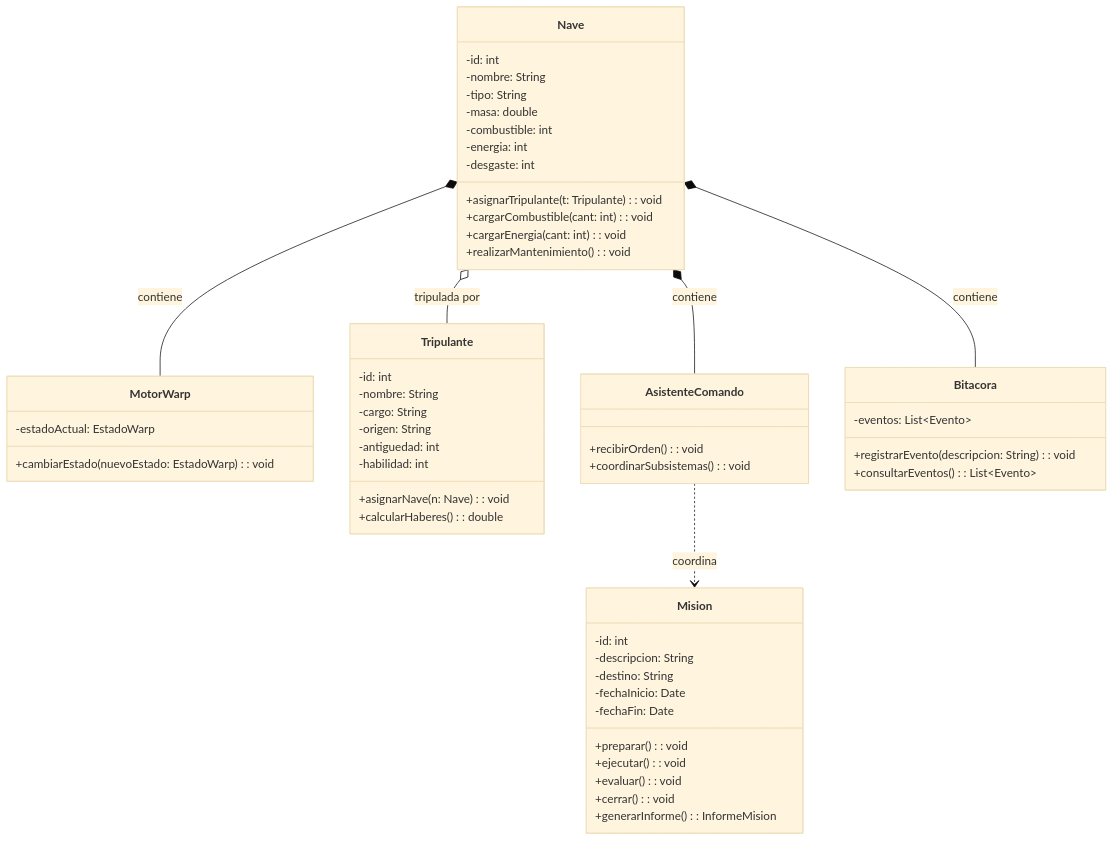
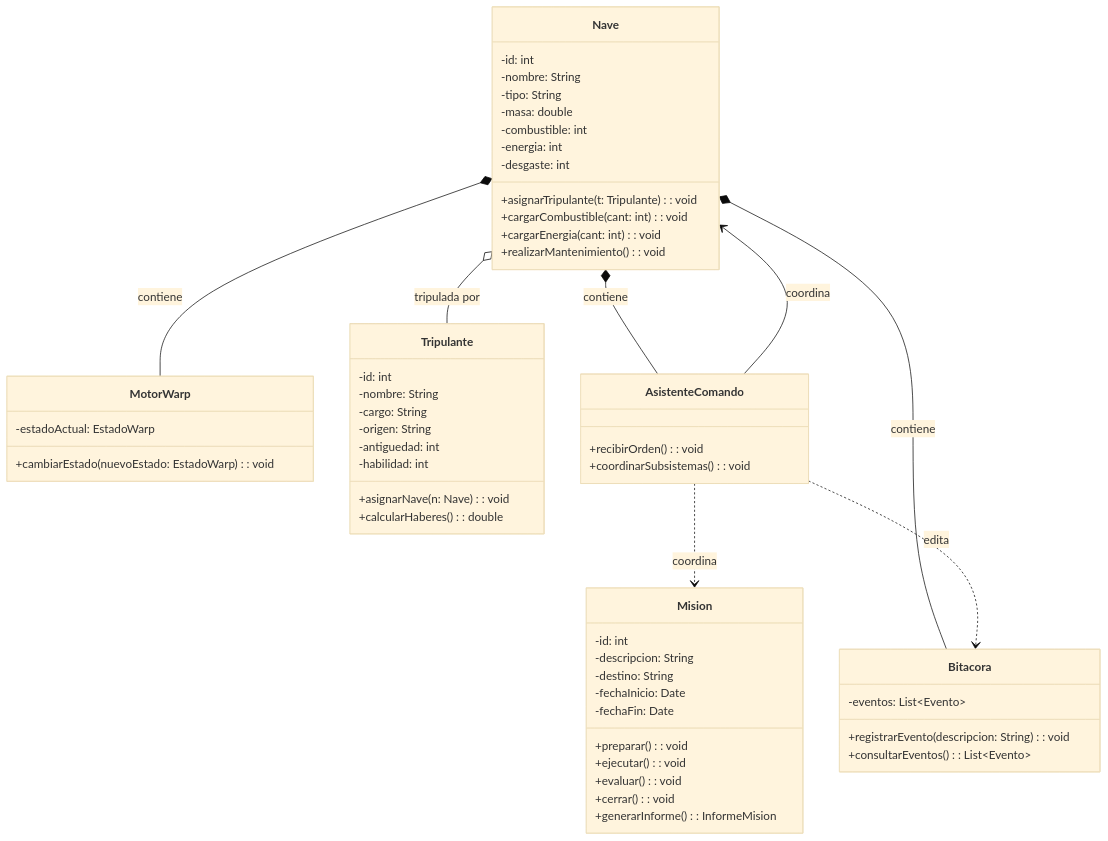
Before and after one commit to CamilaSanchezB/TPGrupalProgramacionC2026: the diagram in README.md, drawn with Mermaid (base theme).

Commit message:
Update README with new relationships for AsistenteComando

````diff
--- a/README.md
+++ b/README.md
@@ -3,62 +3,64 @@
 ```mermaid
 classDiagram
     class Nave {
         -id: int
         -nombre: String
         -tipo: String
         -masa: double
         -combustible: int
         -energia: int
         -desgaste: int
         +asignarTripulante(t: Tripulante): void
         +cargarCombustible(cant: int): void
         +cargarEnergia(cant: int): void
         +realizarMantenimiento(): void
     }
 
     class MotorWarp {
         -estadoActual: EstadoWarp
         +cambiarEstado(nuevoEstado: EstadoWarp): void
     }
 
     class Tripulante {
         -id: int
         -nombre: String
         -cargo: String
         -origen: String
         -antiguedad: int
         -habilidad: int
         +asignarNave(n: Nave): void
         +calcularHaberes(): double
     }
 
     class AsistenteComando {
         +recibirOrden(): void
         +coordinarSubsistemas(): void
     }
 
     class Bitacora {
         -eventos: List~Evento~
         +registrarEvento(descripcion: String): void
         +consultarEventos(): List~Evento~
     }
 
     class Mision {
         -id: int
         -descripcion: String
         -destino: String
         -fechaInicio: Date
         -fechaFin: Date
         +preparar(): void
         +ejecutar(): void
         +evaluar(): void
         +cerrar(): void
         +generarInforme(): InformeMision
     }
 
     Nave *-- MotorWarp : contiene
     Nave *-- AsistenteComando : contiene
     Nave *-- Bitacora : contiene
     Nave o-- Tripulante : tripulada por
     AsistenteComando ..> Mision : coordina
+    AsistenteComando ..> Bitacora : edita
+    AsistenteComando --> Nave : coordina
 ```
````
